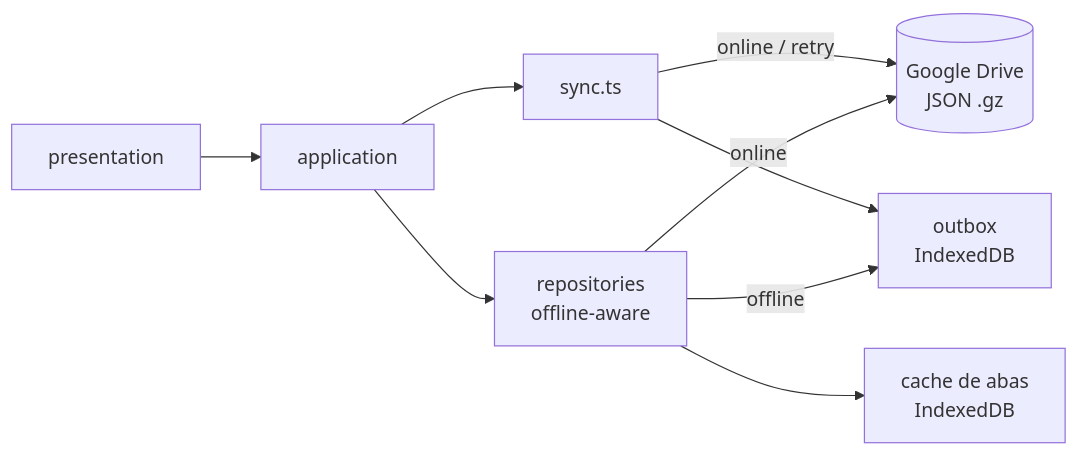
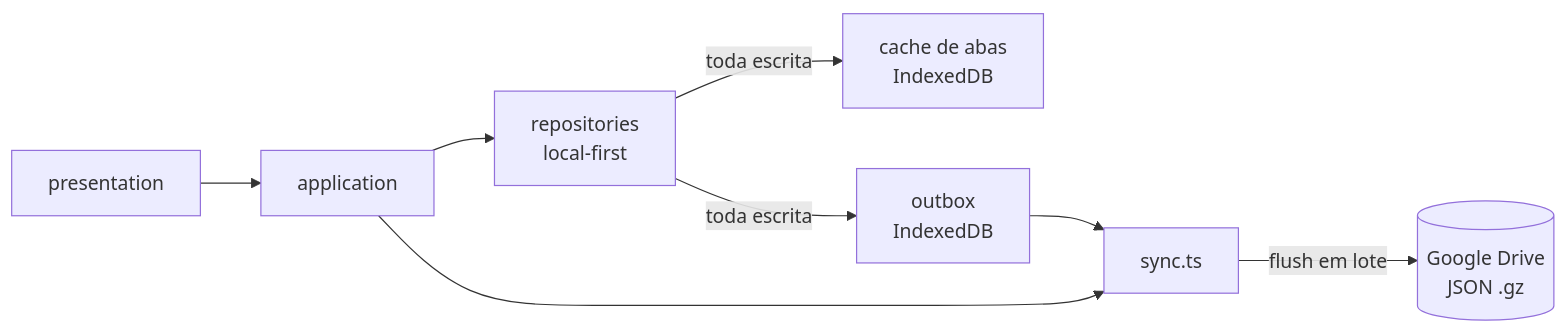
Before and after one commit to girotodenis/renda: the second of 2 diagrams in ARCHITECTURE.md, drawn with Mermaid. The commit also changed other lines of this file and 25 other files, not shown here.

````diff
--- a/ARCHITECTURE.md
+++ b/ARCHITECTURE.md
@@ -200,11 +201,10 @@
 ```mermaid
 flowchart LR
   UI[presentation] --> APP[application]
-  APP --> REPO[repositories<br/>offline-aware]
-  REPO -->|online| API[(Google Drive<br/>JSON .gz)]
-  REPO -->|offline| OUTBOX[outbox<br/>IndexedDB]
-  REPO --> CACHE[cache de abas<br/>IndexedDB]
+  APP --> REPO[repositories<br/>local-first]
+  REPO -->|toda escrita| CACHE[cache de abas<br/>IndexedDB]
+  REPO -->|toda escrita| OUTBOX[outbox<br/>IndexedDB]
   APP --> SYNC[sync.ts]
-  SYNC --> OUTBOX
-  SYNC -->|online / retry| API
+  SYNC -->|flush em lote| API[(Google Drive<br/>JSON .gz)]
+  OUTBOX --> SYNC
 ```
````
